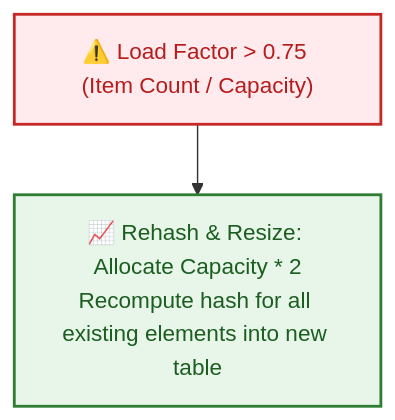
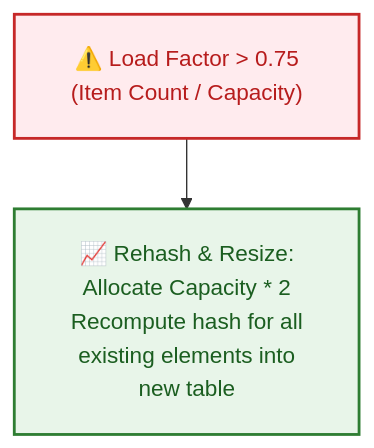
Before and after one commit to dip4k/DSA_102: the sixth of 7 diagrams in week_03_foundations_iii_sorting_and_hashing/Week_03_Visual_Concepts_Playbook_HYBRID.md, drawn with Mermaid. The commit also changed other lines of this file and 108 other files, not shown here.

First line of the commit message:
fix(mermaid): resolve diagram clipping, padding, and syntax issues across repo

````diff
--- a/week_03_foundations_iii_sorting_and_hashing/Week_03_Visual_Concepts_Playbook_HYBRID.md
+++ b/week_03_foundations_iii_sorting_and_hashing/Week_03_Visual_Concepts_Playbook_HYBRID.md
@@ -483,10 +488,11 @@
 ```mermaid
+%%{init: {"flowchart": {"htmlLabels": true, "padding": 20}}}%%
 flowchart TD
     classDef alert fill:#ffebee,stroke:#c62828,stroke-width:2px,color:#b71c1c
     classDef grow fill:#e8f5e9,stroke:#2e7d32,stroke-width:2px,color:#1b5e20
 
-    Trigger["⚠️ Load Factor > 0.75 (Item Count / Capacity)"]:::alert
-    Action["📈 Rehash & Resize: Allocate Capacity * 2<br/>Recompute hash for all existing elements into new table"]:::grow
+    Trigger["⚠️ Load Factor > 0.75<br/>(Item Count / Capacity)"]:::alert
+    Action["📈 Rehash & Resize:<br/>Allocate Capacity * 2<br/>Recompute hash for all<br/>existing elements into<br/>new table"]:::grow
 
     Trigger --> Action
 ```
````
